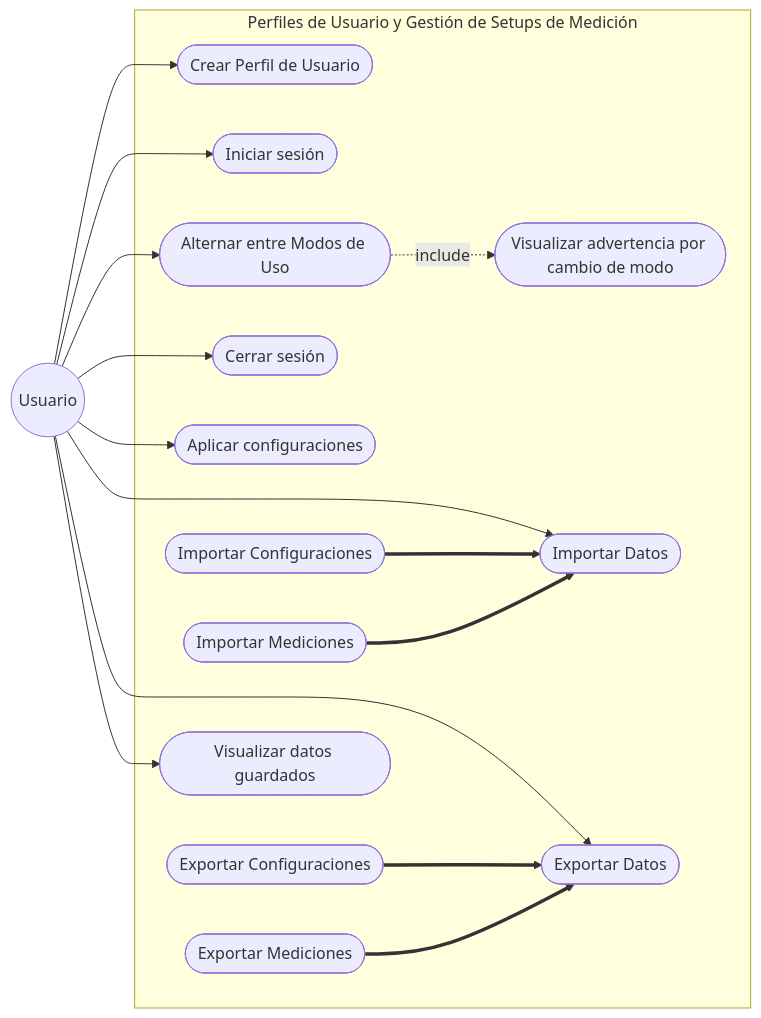
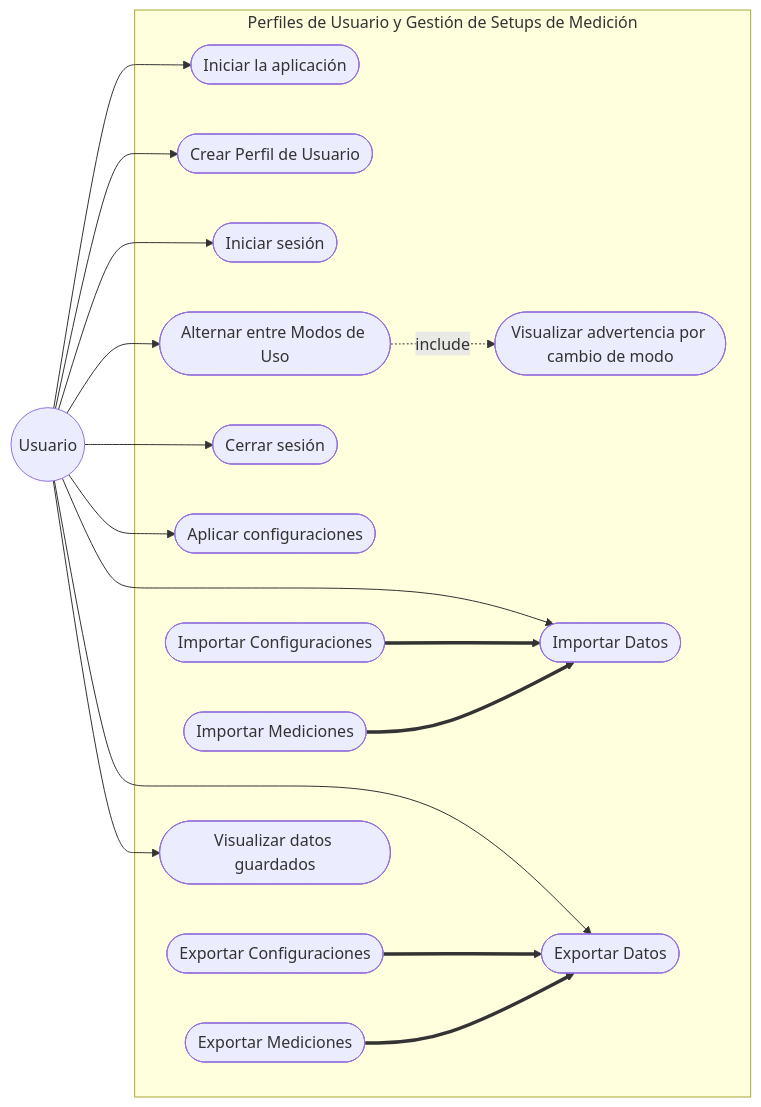
One commit to alegrelias/Repo-GMini changed the fourth of 5 diagrams in Gmini-MarkDown/Diagramas/Diagramas de CU.md. Above: the diagram before and after it, drawn with Mermaid. The commit also changed other lines of this file, not shown here.

Commit message:
Se modifican diagramas de CU

````diff
--- a/Gmini-MarkDown/Diagramas/Diagramas de CU.md
+++ b/Gmini-MarkDown/Diagramas/Diagramas de CU.md
@@ -93,43 +93,45 @@
 ```mermaid
 flowchart LR
 %% Actores
 Usuario((Usuario))
 
 subgraph Perfiles de Usuario y Gestión de Setups de Medición
-	CU20([Crear Perfil de Usuario])
-	CU21([Iniciar sesión])
-	CU22([Alternar entre Modos de Uso])
-	CU23([Cerrar sesión])
-	CU24([Visualizar advertencia por cambio de modo])
-	CU25([Aplicar configuraciones])
-	CU26([Importar Datos])
-	CU27([Exportar Datos])
-	CU28([Importar Configuraciones])
-	CU29([Exportar Configuraciones])
-	CU30([Importar Mediciones])
-	CU31([Exportar Mediciones])
-	CU32([Visualizar datos guardados])
+	CU20([Iniciar la aplicación])
+	CU21([Crear Perfil de Usuario])
+	CU22([Iniciar sesión])
+	CU23([Alternar entre Modos de Uso])
+	CU24([Cerrar sesión])
+	CU25([Visualizar advertencia por cambio de modo])
+	CU26([Aplicar configuraciones])
+	CU27([Importar Datos])
+	CU28([Exportar Datos])
+	CU29([Importar Configuraciones])
+	CU30([Exportar Configuraciones])
+	CU31([Importar Mediciones])
+	CU32([Exportar Mediciones])
+	CU33([Visualizar datos guardados])
 end
 
 %% Asociaciones
 Usuario --> CU20
 Usuario --> CU21
 Usuario --> CU22
 Usuario --> CU23
-Usuario --> CU25
+Usuario --> CU24
 Usuario --> CU26
 Usuario --> CU27
-Usuario --> CU32
+Usuario --> CU28
+Usuario --> CU33
 
 %% Relaciones Include/Extend
 
-CU22 -.include.-> CU24
+CU23 -.include.-> CU25
 
 %% generalización
 
-CU28 ==> CU26
-CU30 ==> CU26
-
 CU29 ==> CU27
 CU31 ==> CU27
+
+CU30 ==> CU28
+CU32 ==> CU28
 ```
````
